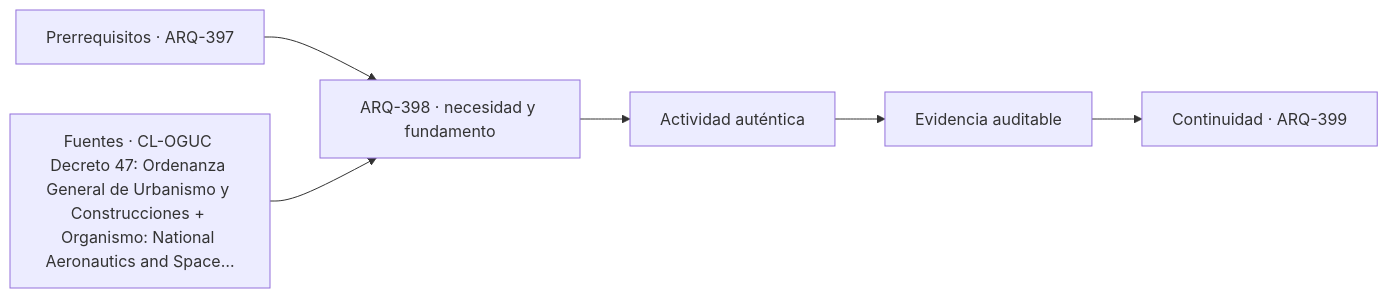
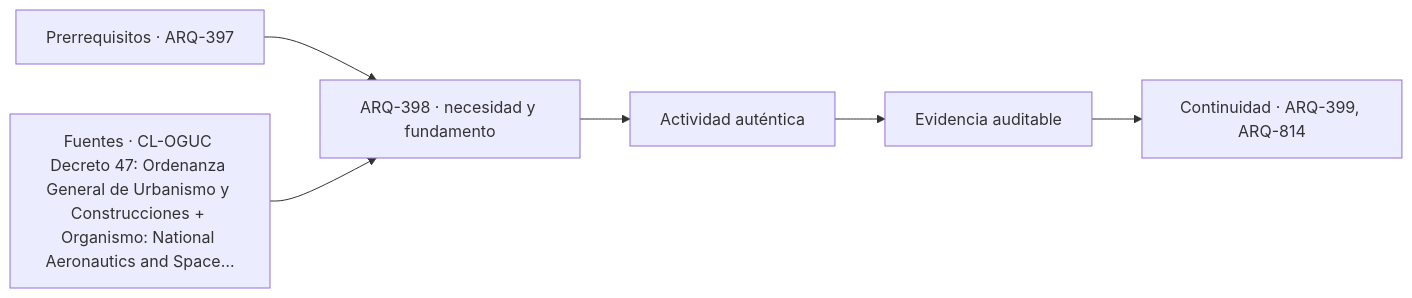
The diagram in classes/parte-40/ARQ-398.md (vladimiracunadev-create/architecture-built-environment-learning-program), drawn with Mermaid before and after one commit. The commit also changed other lines of this file and 234 other files, not shown here.

````diff
--- a/classes/parte-40/ARQ-398.md
+++ b/classes/parte-40/ARQ-398.md
@@ -103,8 +103,8 @@
 ```mermaid
 flowchart LR
     A["Prerrequisitos · ARQ-397"] --> B["ARQ-398 · necesidad y fundamento"]
     S["Fuentes · CL-OGUC Decreto 47: Ordenanza General de Urbanismo y Construcciones + Organismo: National Aeronautics and Space…"] --> B
     B --> C["Actividad auténtica"]
     C --> D["Evidencia auditable"]
-    D --> E["Continuidad · ARQ-399"]
+    D --> E["Continuidad · ARQ-399, ARQ-814"]
 ```
````
